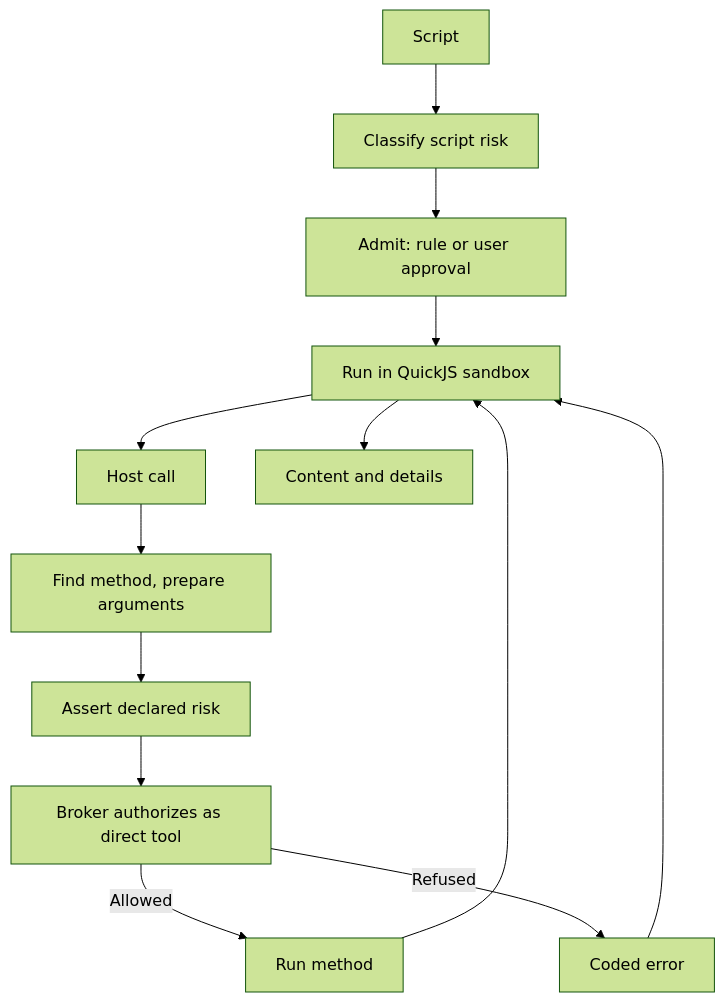
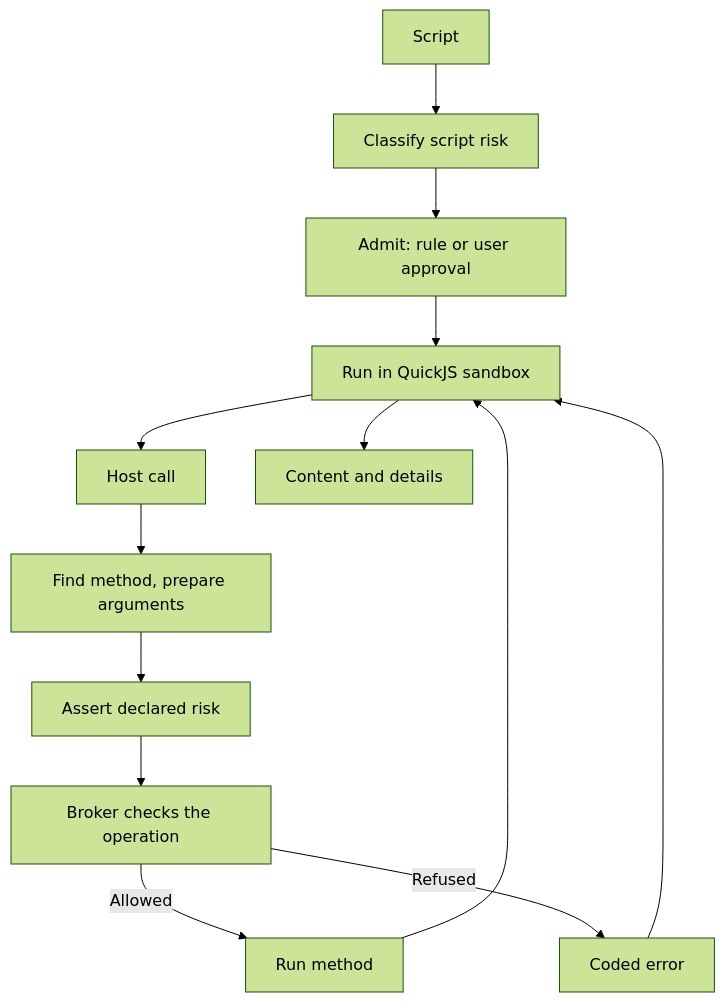
Before and after one commit to ThilinaTLM/nerve: the diagram in docs/architecture/code-mode.md, drawn with Mermaid (forest theme). The commit also changed other lines of this file and 52 other files, not shown here.

````diff
--- a/docs/architecture/code-mode.md
+++ b/docs/architecture/code-mode.md
@@ -5,15 +5,15 @@
 ```mermaid
 flowchart TD
   S[Script] --> C[Classify script risk]
   C --> A[Admit: rule or user approval]
   A --> R[Run in QuickJS sandbox]
   R --> H[Host call]
   H --> F[Find method, prepare arguments]
   F --> G[Assert declared risk]
-  G --> N[Broker authorizes as direct tool]
+  G --> N[Broker checks the operation]
   N -->|Allowed| X[Run method]
   N -->|Refused| E[Coded error]
   X --> R
   E --> R
   R --> O[Content and details]
 ```
````
